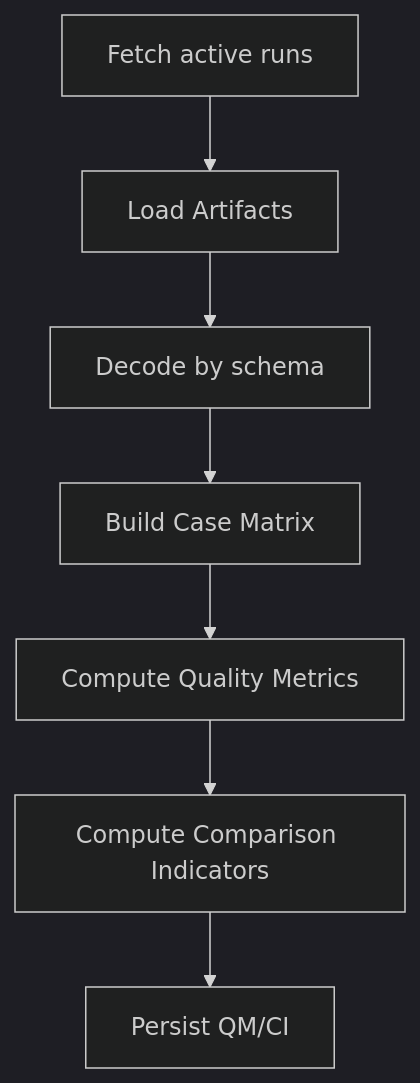
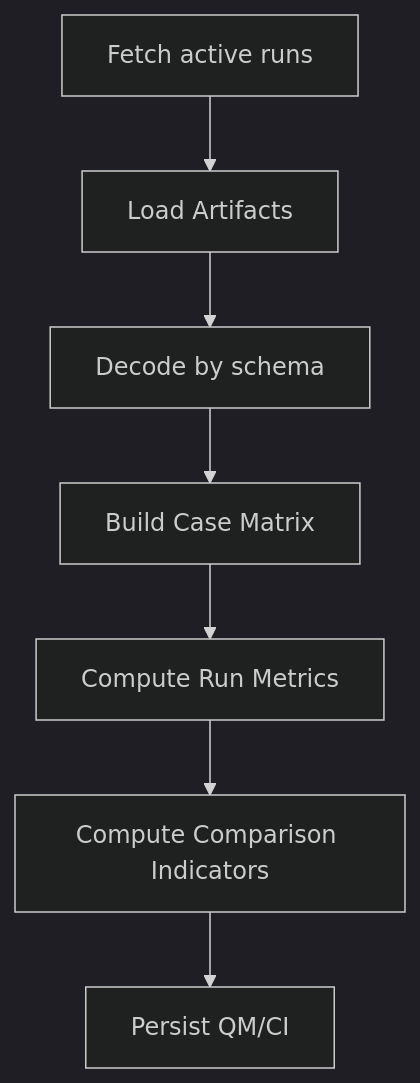
The diagram in docs/architectures/50_dp_runner.md (elda27/axion), drawn with Mermaid (dark theme) before and after one commit. The commit also changed other lines of this file and 49 other files, not shown here.

First line of the commit message:
Refactor Quality Metrics to Run Metrics

````diff
--- a/docs/architectures/50_dp_runner.md
+++ b/docs/architectures/50_dp_runner.md
@@ -67,9 +67,9 @@
 ```mermaid
 flowchart TD
   A[Fetch active runs] --> B[Load Artifacts]
   B --> C[Decode by schema]
   C --> D[Build Case Matrix]
-  D --> E[Compute Quality Metrics]
+  D --> E[Compute Run Metrics]
   E --> F[Compute Comparison Indicators]
   F --> G[Persist QM/CI]
 ```
````
